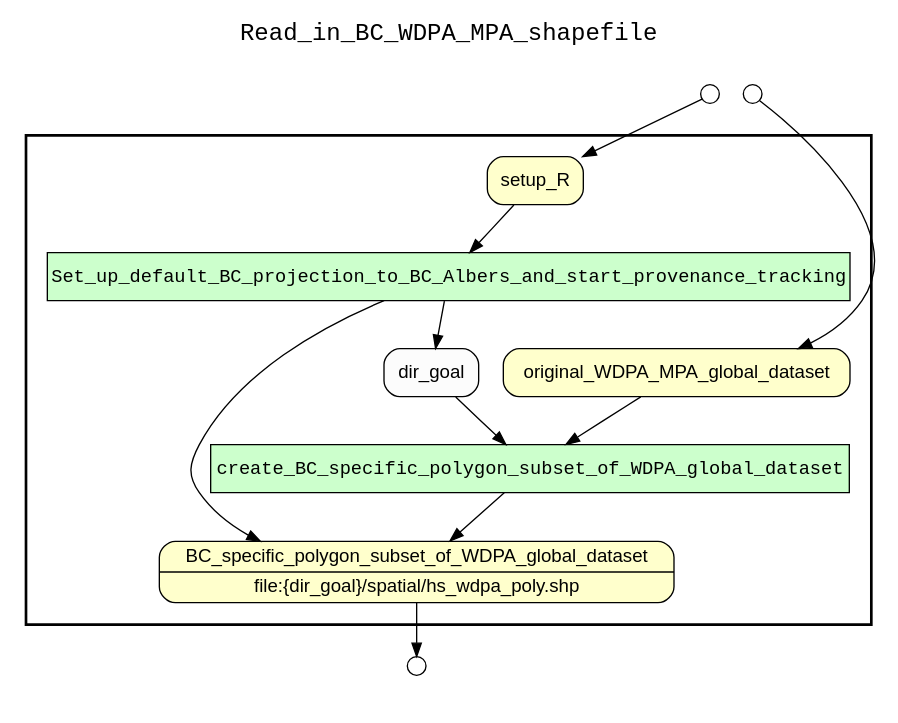
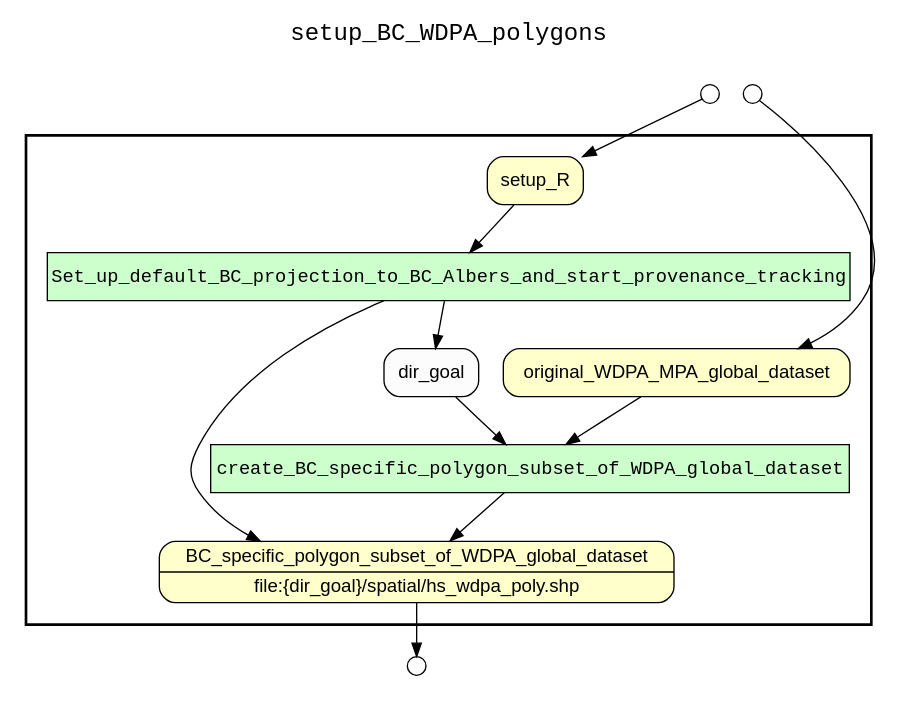
The diagram in examples/OHIBC_Howe_Sound/yw prospective figures only/results/setup_BC_WDPA_polygons_complete_wf_graph_uri.gv (sycao5/runManager-multipleRuns), drawn with Graphviz before and after one commit. The commit also changed 41 other files, not shown here.

Commit message:
Change the YW top-level WF name the same as the script name. The top-level YW tag is used as title of WF graphs.

```diff
--- a/examples/OHIBC_Howe_Sound/yw prospective figures only/results/setup_BC_WDPA_polygons_complete_wf_graph_uri.gv
+++ b/examples/OHIBC_Howe_Sound/yw prospective figures only/results/setup_BC_WDPA_polygons_complete_wf_graph_uri.gv
@@ -1,37 +1,37 @@
 digraph Workflow {
 rankdir=TB
 fontname=Courier; fontsize=18; labelloc=t
-label=Read_in_BC_WDPA_MPA_shapefile
+label=setup_BC_WDPA_polygons
 subgraph cluster_workflow_box_outer { label=""; color=black; penwidth=2
 subgraph cluster_workflow_box_inner { label=""; color=white
 node[shape=box style=filled fillcolor="#CCFFCC" peripheries=1 fontname=Courier]
 Set_up_default_BC_projection_to_BC_Albers_and_start_provenance_tracking
 create_BC_specific_polygon_subset_of_WDPA_global_dataset
 node[shape=box style="rounded,filled" fillcolor="#FFFFCC" peripheries=1 fontname=Helvetica]
 BC_specific_polygon_subset_of_WDPA_global_dataset [shape=record rankdir=LR label="{<f0> BC_specific_polygon_subset_of_WDPA_global_dataset |<f1> file\:\{dir_goal\}/spatial/hs_wdpa_poly.shp}"];
 setup_R
 original_WDPA_MPA_global_dataset
 node[shape=box style="rounded,filled" fillcolor="#FCFCFC" peripheries=1 fontname=Helvetica]
 dir_goal
 Set_up_default_BC_projection_to_BC_Albers_and_start_provenance_tracking -> dir_goal
 Set_up_default_BC_projection_to_BC_Albers_and_start_provenance_tracking -> BC_specific_polygon_subset_of_WDPA_global_dataset
 setup_R -> Set_up_default_BC_projection_to_BC_Albers_and_start_provenance_tracking
 create_BC_specific_polygon_subset_of_WDPA_global_dataset -> BC_specific_polygon_subset_of_WDPA_global_dataset
 original_WDPA_MPA_global_dataset -> create_BC_specific_polygon_subset_of_WDPA_global_dataset
 dir_goal -> create_BC_specific_polygon_subset_of_WDPA_global_dataset
 }}
 subgraph cluster_input_ports_group_outer { label=""; color=white
 subgraph cluster_input_ports_group_inner { label=""; color=white
 node[shape=circle style="rounded,filled" fillcolor="#FFFFFF" peripheries=1 fontname=Helvetica width=0.2]
 setup_R_input_port [label=""]
 original_WDPA_MPA_global_dataset_input_port [label=""]
 }}
 subgraph cluster_output_ports_group_outer { label=""; color=white
 subgraph cluster_output_ports_group_inner { label=""; color=white
 node[shape=circle style="rounded,filled" fillcolor="#FFFFFF" peripheries=1 fontname=Helvetica width=0.2]
 BC_specific_polygon_subset_of_WDPA_global_dataset_output_port [label=""]
 }}
 setup_R_input_port -> setup_R
 original_WDPA_MPA_global_dataset_input_port -> original_WDPA_MPA_global_dataset
 BC_specific_polygon_subset_of_WDPA_global_dataset -> BC_specific_polygon_subset_of_WDPA_global_dataset_output_port
 }
```
